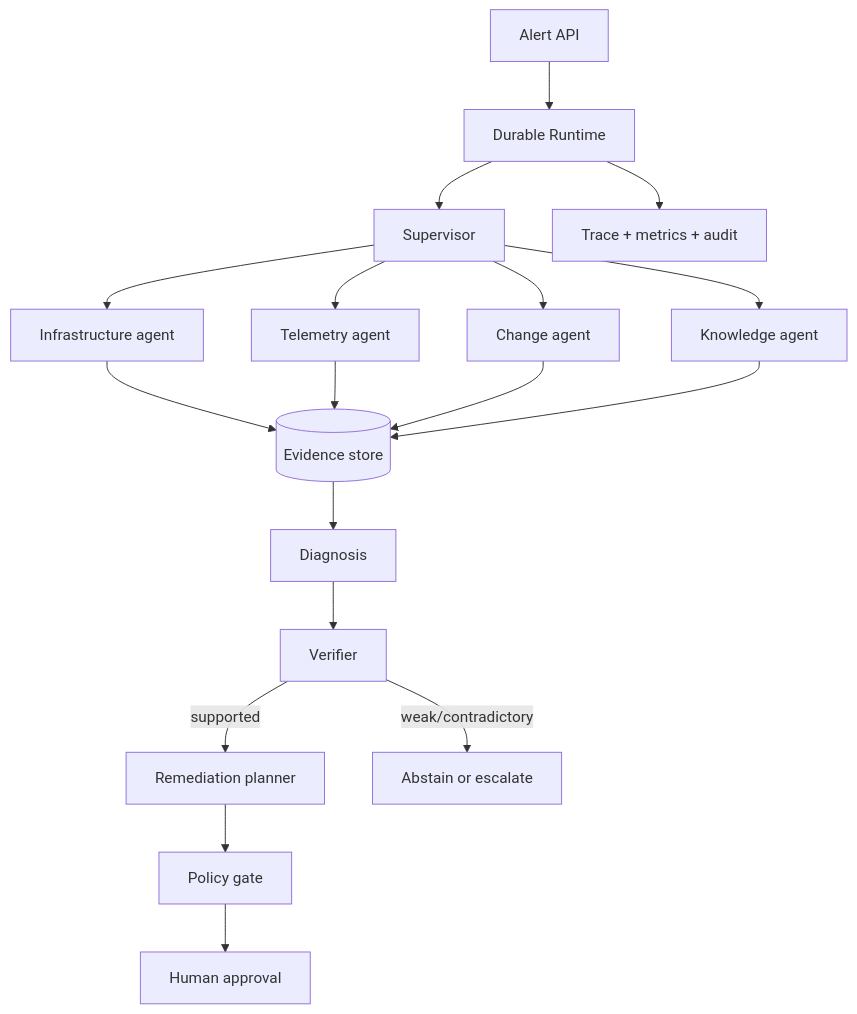
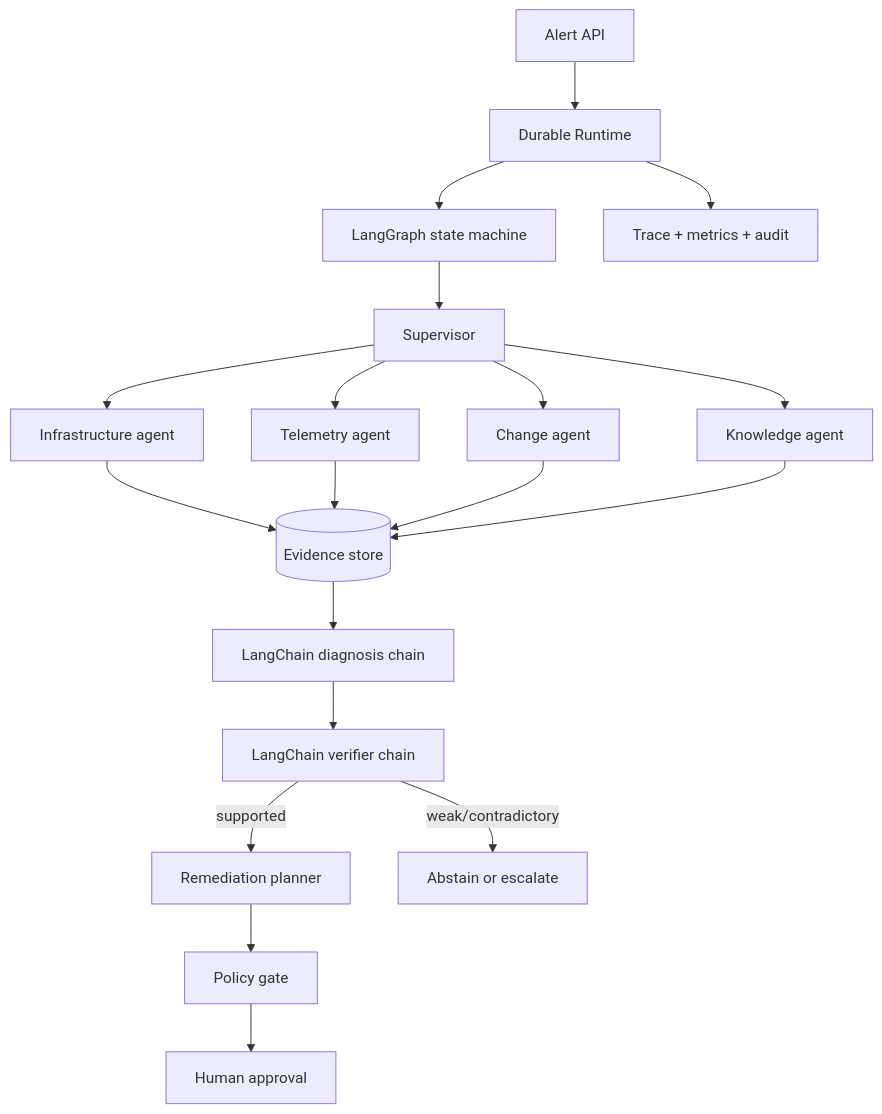
Before and after one commit to JagjotB/Sentinel: the diagram in docs/architecture.md, drawn with Mermaid. The commit also changed other lines of this file and 26 other files, not shown here.

````diff
--- a/docs/architecture.md
+++ b/docs/architecture.md
@@ -5,17 +5,18 @@
 ```mermaid
 flowchart TD
   A[Alert API] --> R[Durable Runtime]
-  R --> S[Supervisor]
+  R --> LG[LangGraph state machine]
+  LG --> S[Supervisor]
   S --> I[Infrastructure agent]
   S --> T[Telemetry agent]
   S --> C[Change agent]
   S --> K[Knowledge agent]
   I & T & C & K --> E[(Evidence store)]
-  E --> D[Diagnosis]
-  D --> V[Verifier]
+  E --> D[LangChain diagnosis chain]
+  D --> V[LangChain verifier chain]
   V -->|supported| P[Remediation planner]
   V -->|weak/contradictory| X[Abstain or escalate]
   P --> G[Policy gate]
   G --> H[Human approval]
   R --> O[Trace + metrics + audit]
 ```
````
